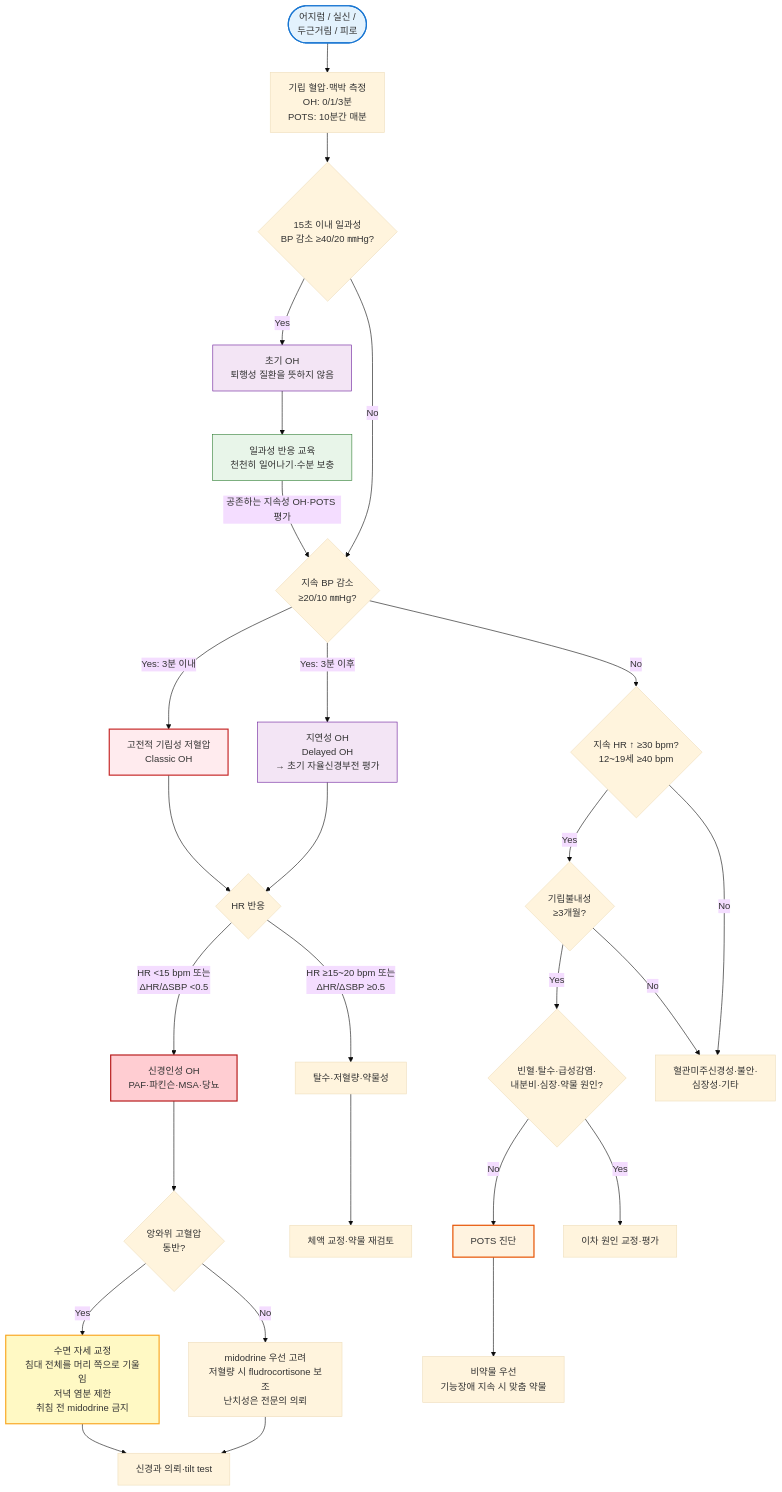
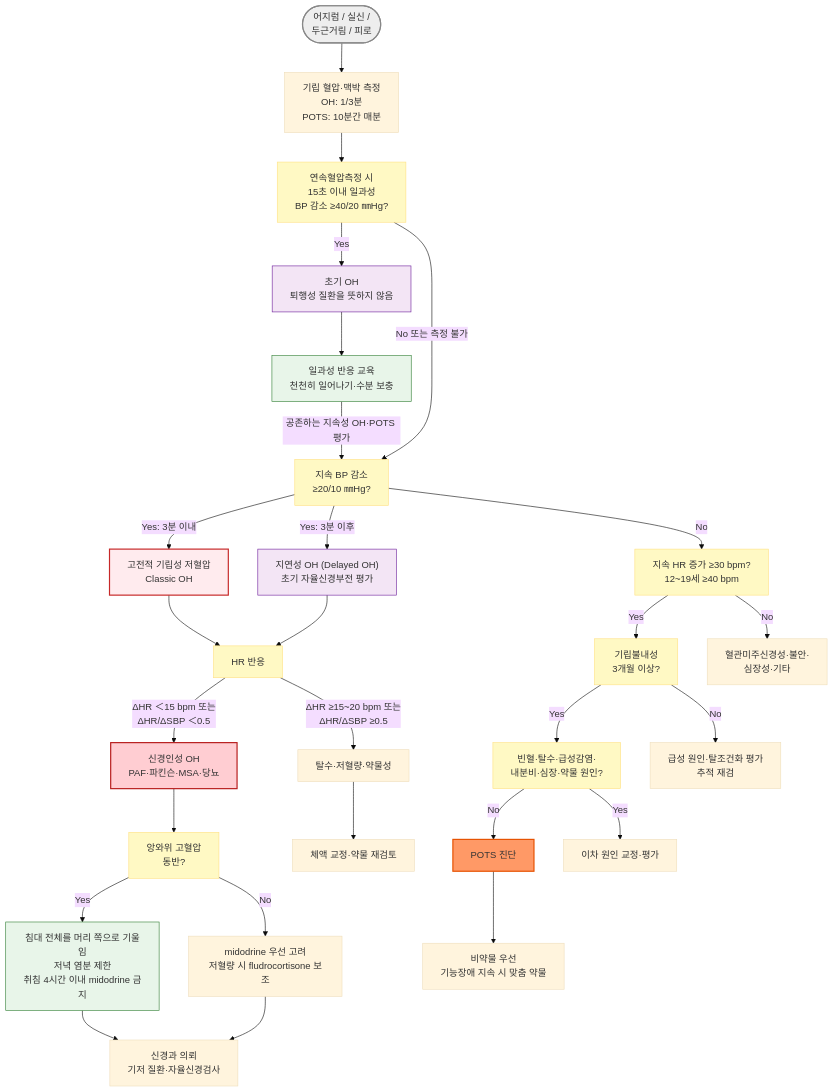
One commit to familyoh77/familyoh77 changed the diagram in 221_/030_-autonomic-dysfunction.md. Above: the diagram before and after it, drawn with Mermaid (base theme). The commit also changed other lines of this file, not shown here.

````diff
--- a/221_/030_-autonomic-dysfunction.md
+++ b/221_/030_-autonomic-dysfunction.md
@@ -211,38 +230,45 @@
 ```mermaid
 graph TD
-    Start([어지럼 / 실신 /<br/> 두근거림 / 피로]) --> Step1[기립 혈압·맥박 측정<br/>OH: 0/1/3분<br/>POTS: 10분간 매분]
-    Step1 --> Q0{15초 이내 일과성<br/>BP 감소 ≥40/20 ㎜Hg?}
-    Q0 -->|Yes| IOH[초기 OH<br/>퇴행성 질환을 뜻하지 않음]
-    Q0 -->|No| Q1{지속 BP 감소<br/>≥20/10 ㎜Hg?}
-    IOH --> IOH_Tx[일과성 반응 교육<br/>천천히 일어나기·수분 보충]
-    IOH_Tx -->|공존하는 지속성 OH·POTS 평가| Q1
-    Q1 -->|Yes: 3분 이내| OH[고전적 기립성 저혈압<br/>Classic OH]
-    Q1 -->|Yes: 3분 이후| DOH[지연성 OH<br/>Delayed OH<br/>→ 초기 자율신경부전 평가]
-    Q1 -->|No| Q2{지속 HR ↑ ≥30 bpm?<br/>12~19세 ≥40 bpm}
-    Q2 -->|Yes| Chronic{기립불내성<br/>≥3개월?}
-    Q2 -->|No| Other[혈관미주신경성·불안·<br/>심장성·기타]
-    OH --> QHR{HR 반응}
+    Start(["어지럼 / 실신 /<br/>두근거림 / 피로"]) --> Step1["기립 혈압·맥박 측정<br/>OH: 1/3분<br/>POTS: 10분간 매분"]
+    Step1 --> Q0["연속혈압측정 시<br/>15초 이내 일과성<br/>BP 감소 ≥40/20 ㎜Hg?"]
+    Q0 -->|Yes| IOH["초기 OH<br/>퇴행성 질환을 뜻하지 않음"]
+    Q0 -->|"No 또는 측정 불가"| Q1["지속 BP 감소<br/>≥20/10 ㎜Hg?"]
+    IOH --> IOH_Tx["일과성 반응 교육<br/>천천히 일어나기·수분 보충"]
+    IOH_Tx -->|"공존하는 지속성 OH·POTS 평가"| Q1
+    Q1 -->|"Yes: 3분 이내"| OH["고전적 기립성 저혈압<br/>Classic OH"]
+    Q1 -->|"Yes: 3분 이후"| DOH["지연성 OH (Delayed OH)<br/>초기 자율신경부전 평가"]
+    Q1 -->|No| Q2["지속 HR 증가 ≥30 bpm?<br/>12~19세 ≥40 bpm"]
+    Q2 -->|Yes| Chronic["기립불내성<br/>3개월 이상?"]
+    Q2 -->|No| Other["혈관미주신경성·불안·<br/>심장성·기타"]
+    OH --> QHR["HR 반응"]
     DOH --> QHR
-    QHR -->|HR <15 bpm 또는<br/>ΔHR/ΔSBP <0.5| Neuro[신경인성 OH<br/>PAF·파킨슨·MSA·당뇨]
-    QHR -->|HR ≥15~20 bpm 또는<br/>ΔHR/ΔSBP ≥0.5| Volume[탈수·저혈량·약물성]
-    Neuro --> SupHTN{앙와위 고혈압<br/>동반?}
-    SupHTN -->|Yes| SupYes[수면 자세 교정<br/>침대 전체를 머리 쪽으로 기울임<br/>저녁 염분 제한<br/>취침 전 midodrine 금지]
-    SupHTN -->|No| SupNo[midodrine 우선 고려<br/>저혈량 시 fludrocortisone 보조<br/>난치성은 전문의 의뢰]
-    Chronic -->|Yes| Excl{빈혈·탈수·급성감염·<br/>내분비·심장·약물 원인?}
-    Chronic -->|No| Other
-    Excl -->|No| POTSconf[POTS 진단]
-    Excl -->|Yes| Secondary[이차 원인 교정·평가]
-    SupYes --> Ref[신경과 의뢰·tilt test]
+    QHR -->|"ΔHR ＜15 bpm 또는<br/>ΔHR/ΔSBP ＜0.5"| Neuro["신경인성 OH<br/>PAF·파킨슨·MSA·당뇨"]
+    QHR -->|"ΔHR ≥15~20 bpm 또는<br/>ΔHR/ΔSBP ≥0.5"| Volume["탈수·저혈량·약물성"]
+    Neuro --> SupHTN["앙와위 고혈압<br/>동반?"]
+    SupHTN -->|Yes| SupYes["침대 전체를 머리 쪽으로 기울임<br/>저녁 염분 제한<br/>취침 4시간 이내 midodrine 금지"]
+    SupHTN -->|No| SupNo["midodrine 우선 고려<br/>저혈량 시 fludrocortisone 보조"]
+    Chronic -->|Yes| Excl["빈혈·탈수·급성감염·<br/>내분비·심장·약물 원인?"]
+    Chronic -->|No| Recheck["급성 원인·탈조건화 평가<br/>추적 재검"]
+    Excl -->|No| POTSconf["POTS 진단"]
+    Excl -->|Yes| Secondary["이차 원인 교정·평가"]
+    SupYes --> Ref["신경과 의뢰<br/>기저 질환·자율신경검사"]
     SupNo --> Ref
-    Volume --> Tx1[체액 교정·약물 재검토]
-    POTSconf --> Tx2[비약물 우선<br/>기능장애 지속 시 맞춤 약물]
-    
-    style Start fill:#e3f2fd,stroke:#1976d2,stroke-width:2px
+    Volume --> Tx1["체액 교정·약물 재검토"]
+    POTSconf --> Tx2["비약물 우선<br/>기능장애 지속 시 맞춤 약물"]
+
+    style Start fill:#eeeeee,stroke:#888888,stroke-width:2px
+    style Q0 fill:#fff9c4,stroke:#ffe082
+    style Q1 fill:#fff9c4,stroke:#ffe082
+    style Q2 fill:#fff9c4,stroke:#ffe082
+    style Chronic fill:#fff9c4,stroke:#ffe082
+    style QHR fill:#fff9c4,stroke:#ffe082
+    style SupHTN fill:#fff9c4,stroke:#ffe082
+    style Excl fill:#fff9c4,stroke:#ffe082
     style OH fill:#ffebee,stroke:#c62828,stroke-width:2px
-    style POTSconf fill:#fff3e0,stroke:#e65100,stroke-width:2px
+    style POTSconf fill:#f96,stroke:#e65100,stroke-width:2px
     style IOH fill:#f3e5f5,stroke:#6a1b9a,stroke-width:1px
+    style DOH fill:#f3e5f5,stroke:#6a1b9a,stroke-width:1px
     style IOH_Tx fill:#e8f5e9,stroke:#2e7d32,stroke-width:1px
-    style DOH fill:#f3e5f5,stroke:#6a1b9a,stroke-width:1px
+    style SupYes fill:#e8f5e9,stroke:#2e7d32,stroke-width:1px
     style Neuro fill:#ffcdd2,stroke:#b71c1c,stroke-width:2px
-    style SupYes fill:#fff9c4,stroke:#f9a825,stroke-width:2px
 ```
````
